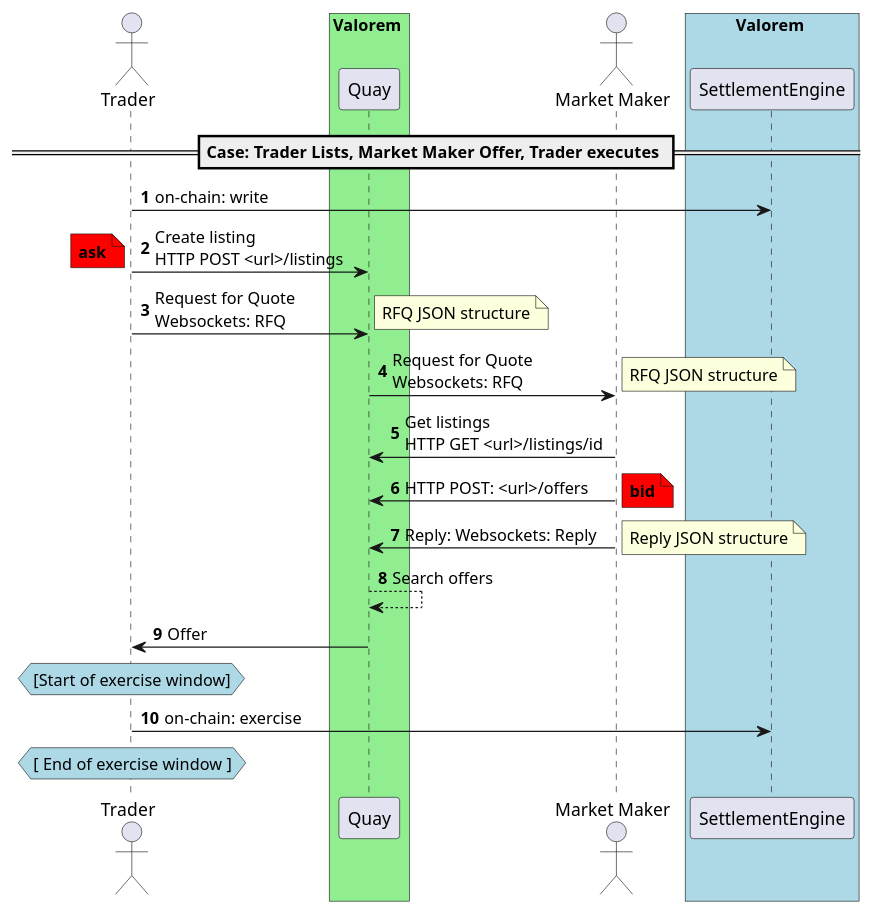
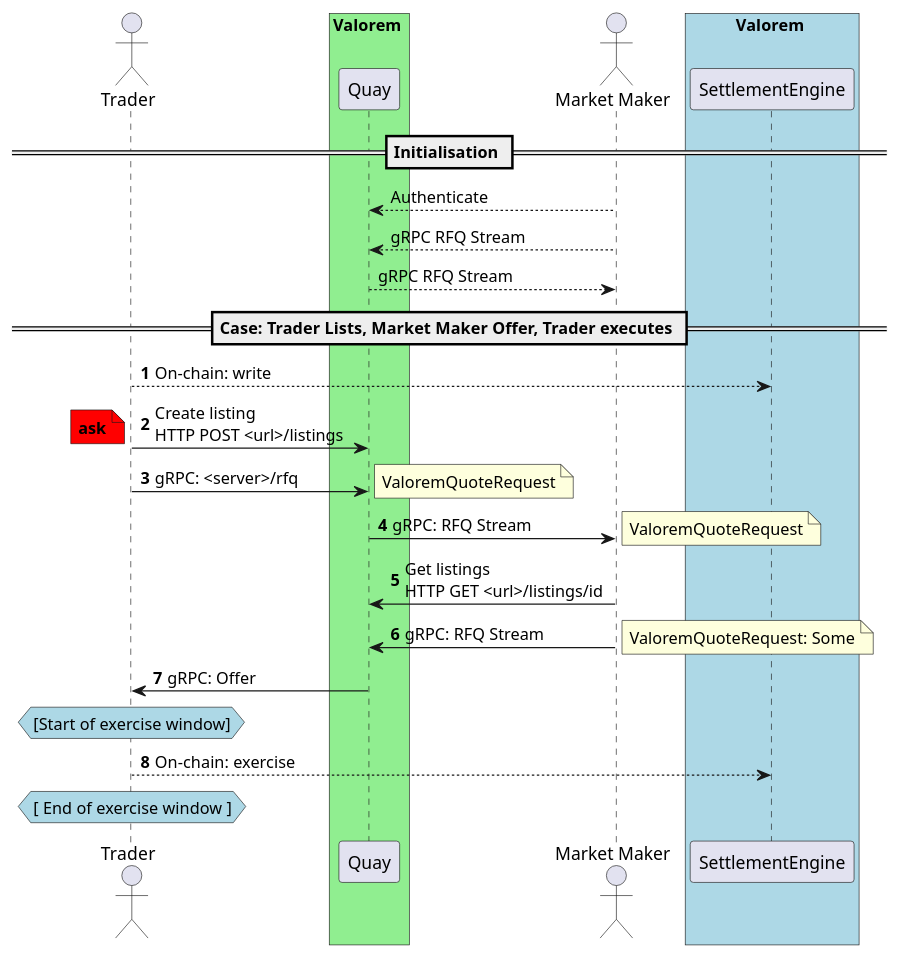
The diagram in docs/diagrams/trader_listing_mm_offer.pu (prince777-k/quay), drawn with PlantUML before and after one commit. The commit also changed 20 other files, not shown here.

```diff
--- a/docs/diagrams/trader_listing_mm_offer.pu
+++ b/docs/diagrams/trader_listing_mm_offer.pu
@@ -1,45 +1,45 @@
 @startuml
 
 actor Trader
 box Valorem #LightGreen
 participant Quay
 end box
 actor "Market Maker" as MM
 box Valorem #LightBlue
 participant SettlementEngine as SE
 end box
 
+== Initialisation ==
+MM --> Quay: Authenticate
+MM --> Quay: gRPC RFQ Stream
+Quay --> MM: gRPC RFQ Stream
+
 == Case: Trader Lists, Market Maker Offer, Trader executes ==
 autonumber
-Trader -> SE: on-chain: write
+Trader --> SE: On-chain: write
 Trader -> Quay: Create listing\nHTTP POST <url>/listings
 note left #red
 **ask**
 end note
-Trader -> Quay: Request for Quote\nWebsockets: RFQ
+Trader -> Quay: gRPC: <server>/rfq
 note right
-RFQ JSON structure
+ValoremQuoteRequest
 end note
-Quay -> MM: Request for Quote\nWebsockets: RFQ
+Quay -> MM: gRPC: RFQ Stream
 note right
-RFQ JSON structure
+ValoremQuoteRequest
 end note
 MM -> Quay: Get listings\nHTTP GET <url>/listings/id
-MM -> Quay: HTTP POST: <url>/offers
-note right #red
-**bid**
+MM -> Quay: gRPC: RFQ Stream
+note right
+ValoremQuoteRequest: Some
 end note
-MM -> Quay: Reply: Websockets: Reply
-note right
-Reply JSON structure
-end note
-Quay --> Quay: Search offers
-Quay -> Trader: Offer
+Quay -> Trader: gRPC: Offer
 hnote over Trader #lightBlue
 [Start of exercise window]
 end hnote
-Trader -> SE: on-chain: exercise
+Trader --> SE: On-chain: exercise
 hnote over Trader #lightBlue
 [ End of exercise window ]
 end hnote
 @enduml
```
